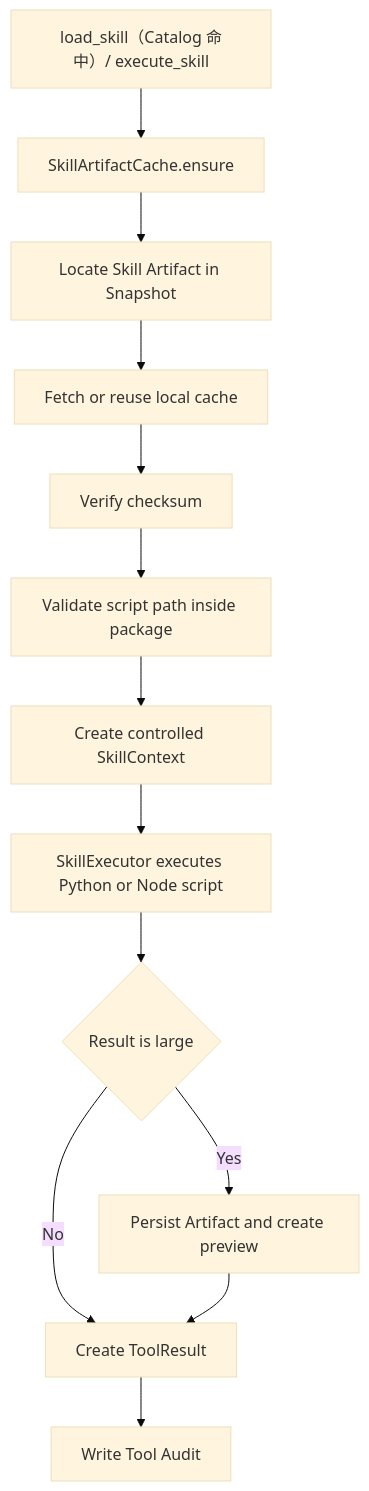
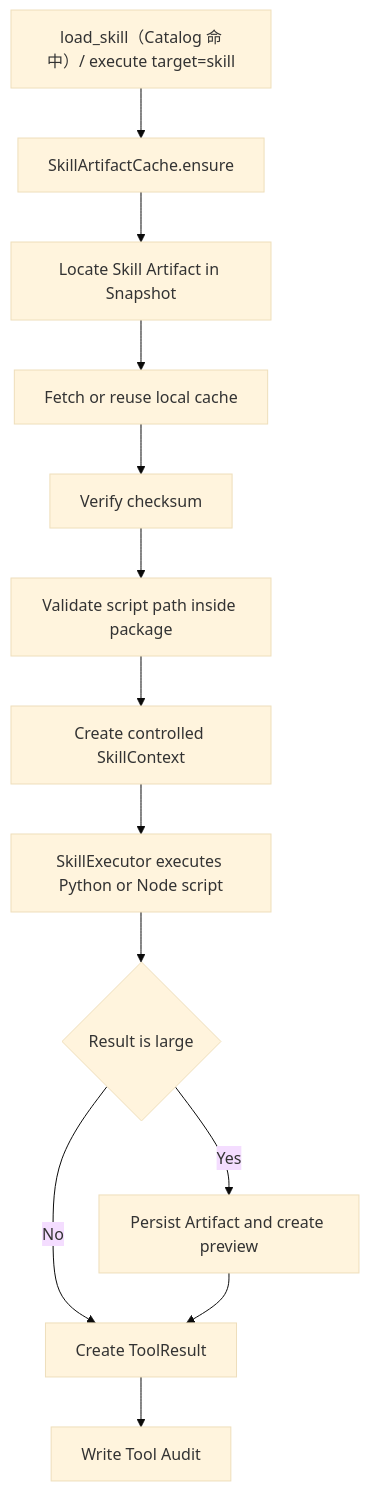
Before and after one commit to Michaelxwb/fluxion-harness: the third of 5 diagrams in docs/06-Skill-SDK与Egress-Boundary详细设计.md, drawn with Mermaid (base theme). The commit also changed other lines of this file and 236 other files, not shown here.

First line of the commit message:
refactor(agent): unify execution contracts and refresh architecture docs

````diff
--- a/docs/06-Skill-SDK与Egress-Boundary详细设计.md
+++ b/docs/06-Skill-SDK与Egress-Boundary详细设计.md
@@ -188,15 +188,15 @@
 ```mermaid
 flowchart TD
-    A[load_skill（Catalog 命中）/ execute_skill] --> B[SkillArtifactCache.ensure]
+    A[load_skill（Catalog 命中）/ execute target=skill] --> B[SkillArtifactCache.ensure]
     B --> C[Locate Skill Artifact in Snapshot]
     C --> D[Fetch or reuse local cache]
     D --> E[Verify checksum]
     E --> F[Validate script path inside package]
     F --> G[Create controlled SkillContext]
     G --> H[SkillExecutor executes Python or Node script]
     H --> I{Result is large}
     I -->|Yes| J[Persist Artifact and create preview]
     I -->|No| K[Create ToolResult]
     J --> K
     K --> L[Write Tool Audit]
 ```
````
